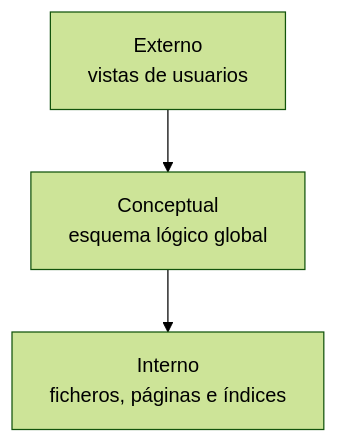
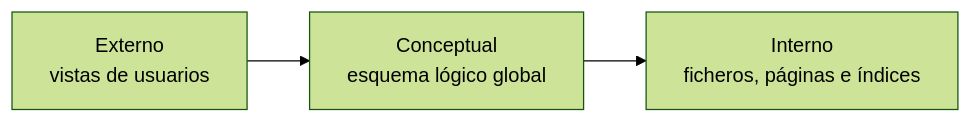
The fourth of 4 diagrams in slides/1DAW-BBDD/UD01-Introduccion.md (martalopezron92/1DAW-2DAW-Generador-diapositivas), drawn with Mermaid (forest theme) before and after one commit. The commit also changed other lines of this file, not shown here.

Commit message:
añado LR a mermaid en UD01-INTRO-BBDD

````diff
--- a/slides/1DAW-BBDD/UD01-Introduccion.md
+++ b/slides/1DAW-BBDD/UD01-Introduccion.md
@@ -576,4 +575,4 @@
 ```mermaid
-flowchart TB
+flowchart LR
     E["Externo\nvistas de usuarios"] --> C["Conceptual\nesquema lógico global"] --> I["Interno\nficheros, páginas e índices"]
 ```
````
